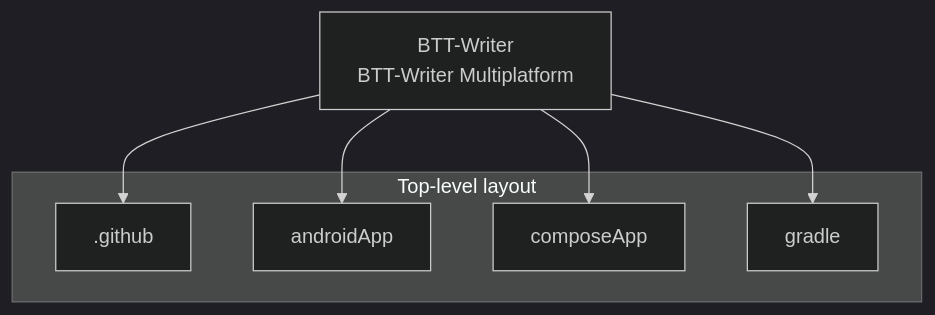
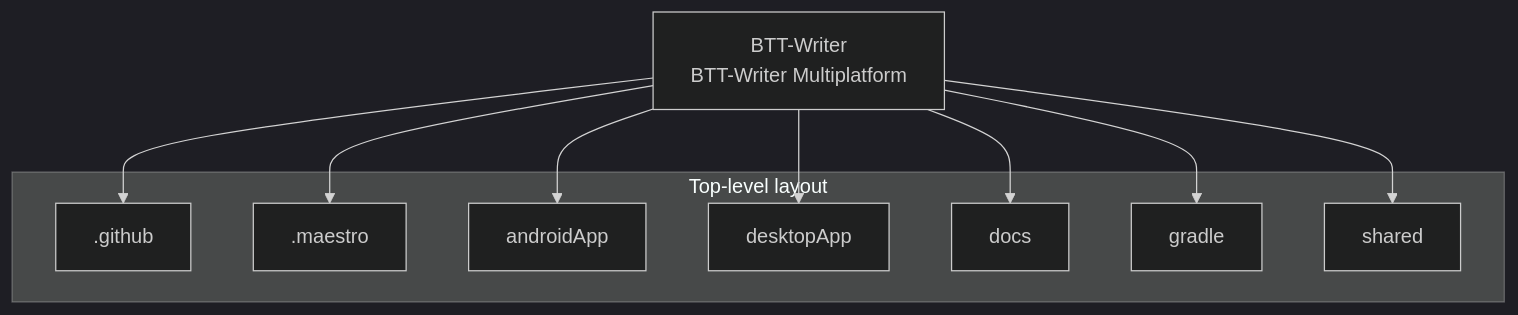
The second of 3 diagrams in architecture/Bible-Translation-Tools/BTT-Writer-architecture.md (AnonymousWalker/project-repos-diagram), drawn with Mermaid (dark theme) before and after one commit. The commit also changed other lines of this file and 2 other files, not shown here.

Commit message:
chore: refresh architecture diagrams

````diff
--- a/architecture/Bible-Translation-Tools/BTT-Writer-architecture.md
+++ b/architecture/Bible-Translation-Tools/BTT-Writer-architecture.md
@@ -36,16 +42,22 @@
 ```mermaid
 flowchart TB
   Root["BTT-Writer<br/>BTT-Writer Multiplatform"]
 
   subgraph structure["Top-level layout"]
     D0[".github"]
-    D1["androidApp"]
-    D2["composeApp"]
-    D3["gradle"]
+    D1[".maestro"]
+    D2["androidApp"]
+    D3["desktopApp"]
+    D4["docs"]
+    D5["gradle"]
+    D6["shared"]
   end
 
   Root --> D0
   Root --> D1
   Root --> D2
   Root --> D3
+  Root --> D4
+  Root --> D5
+  Root --> D6
 ```
````
